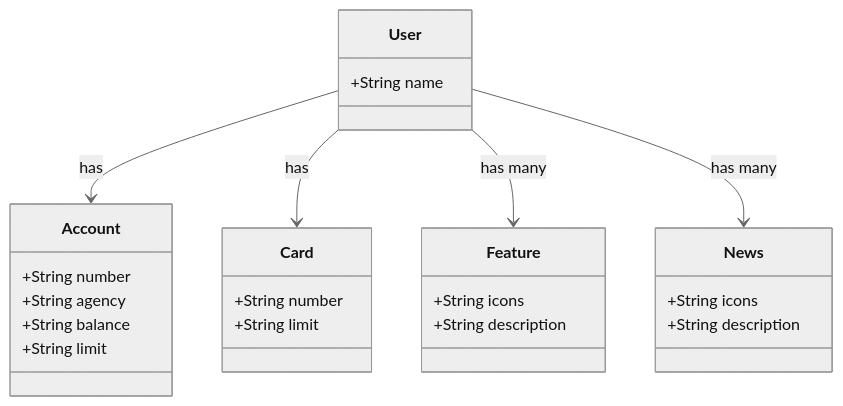
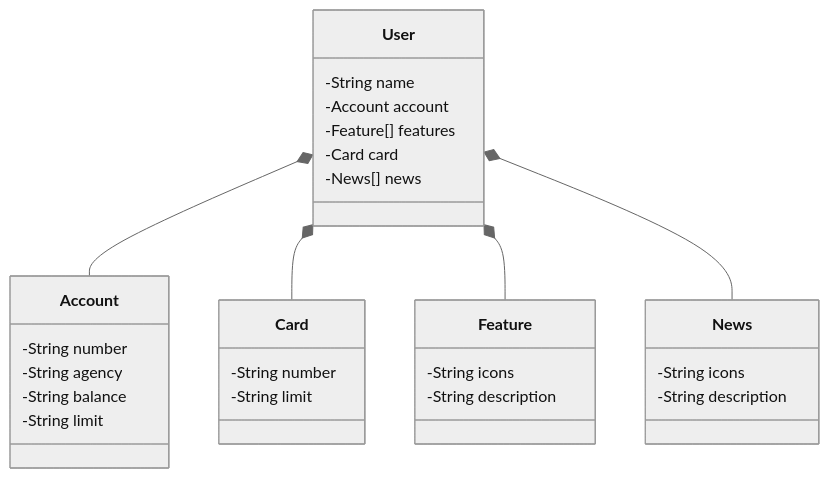
The diagram in APIs/api-restful-nuvem/README.md (FilipeCaetano04/dio-bradesco-java-cloud-native), drawn with Mermaid (neutral theme) before and after one commit.

Commit message:
atualizando README

````diff
--- a/APIs/api-restful-nuvem/README.md
+++ b/APIs/api-restful-nuvem/README.md
@@ -5,33 +5,37 @@
 ```mermaid
 classDiagram
     class User {
-        +String name
+        -String name
+        -Account account 
+        -Feature[] features
+        -Card card
+        -News[] news
     }
 
     class Account {
-        +String number
-        +String agency
-        +String balance
-        +String limit
+        -String number
+        -String agency
+        -String balance
+        -String limit
     }
 
     class Feature {
-        +String icons
-        +String description
+        -String icons
+        -String description
     }
 
     class Card {
-        +String number
-        +String limit
+        -String number
+        -String limit
     }
 
     class News {
-        +String icons
-        +String description
+        -String icons
+        -String description
     }
 
-    User --> Account : has
-    User --> Card : has
-    User --> Feature : has many
-    User --> News : has many
+    User *-- Account
+    User *-- Card 
+    User *-- Feature 
+    User *-- News 
 ```
````
